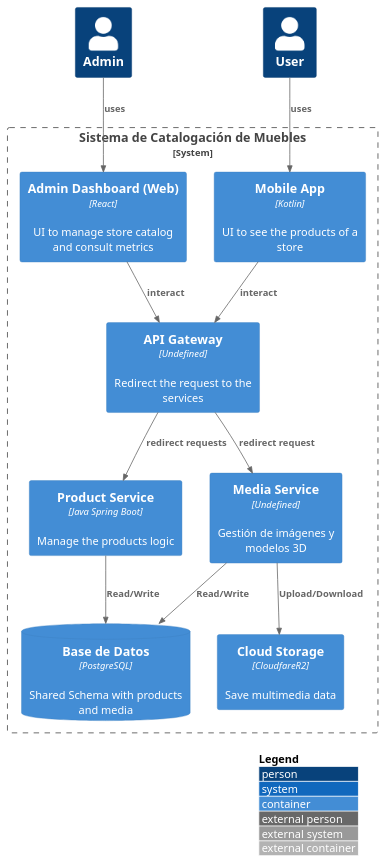
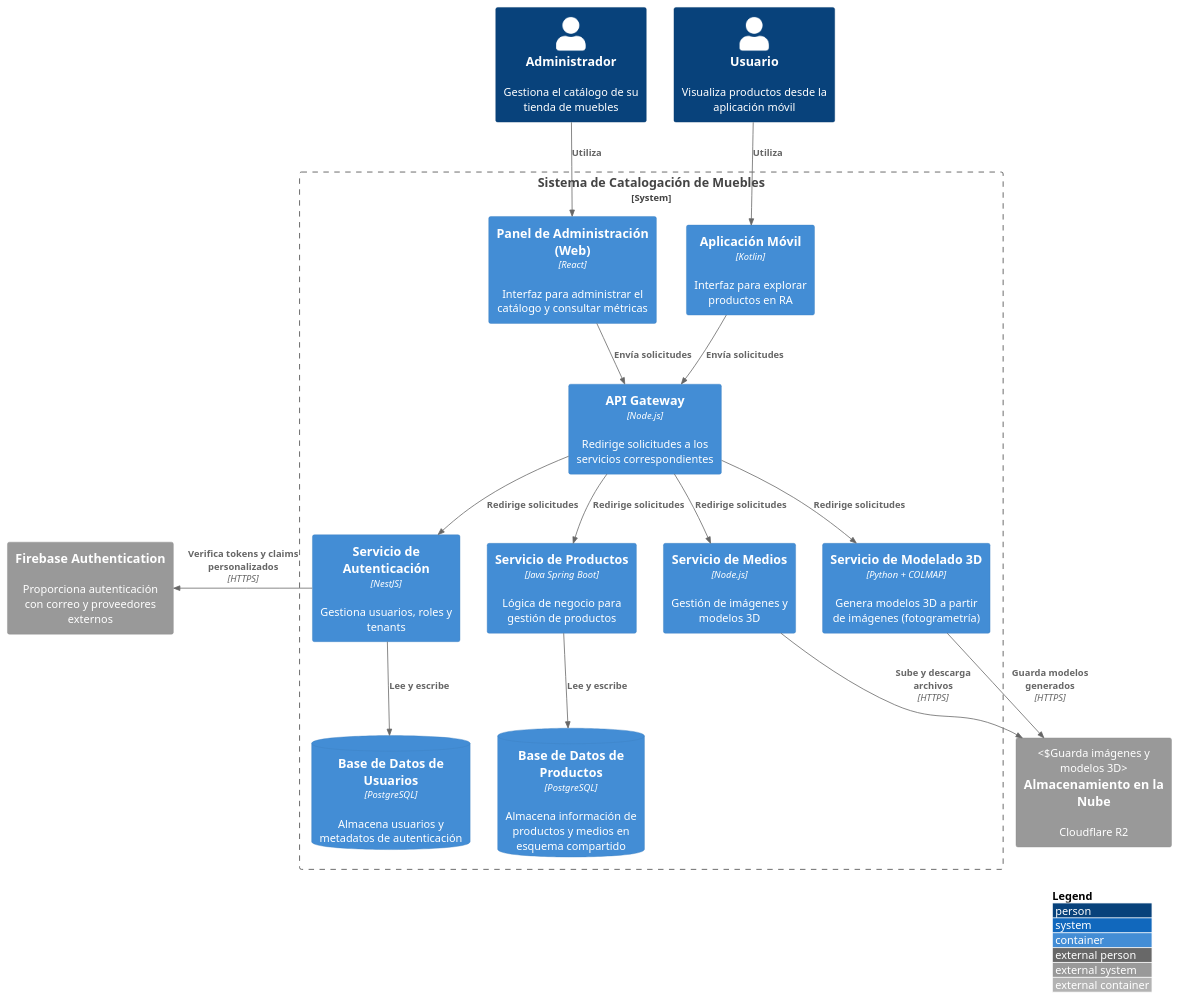
The diagram in c4 diagram/lvl2-containers.puml (SCI-degree-project/docs), drawn with PlantUML before and after one commit. The commit also changed 2 other files, not shown here.

```diff
--- a/c4 diagram/lvl2-containers.puml
+++ b/c4 diagram/lvl2-containers.puml
@@ -1,29 +1,48 @@
 @startuml ""
 !includeurl https://raw.githubusercontent.com/plantuml-stdlib/C4-PlantUML/master/C4_Container.puml
 
 LAYOUT_WITH_LEGEND()
 
-Person(admin, "Admin")
-Person(user, "User")
+Person(admin, "Administrador", "Gestiona el catálogo de su tienda de muebles")
+Person(user, "Usuario", "Visualiza productos desde la aplicación móvil")
 
 System_Boundary(system, "Sistema de Catalogación de Muebles") {
-    Container(webApp, "Admin Dashboard (Web)", "React", "UI to manage store catalog and consult metrics")
-    Container(mobileApp, "Mobile App", "Kotlin", "UI to see the products of a store")
-    Container(apiGateway, "API Gateway", "Undefined", "Redirect the request to the services")
-    Container(productService, "Product Service", "Java Spring Boot", "Manage the products logic")
-    Container(mediaService, "Media Service", "Undefined", "Gestión de imágenes y modelos 3D")
-    ContainerDb(database, "Base de Datos", "PostgreSQL", "Shared Schema with products and media")
-    Container(cloudStorage, "Cloud Storage", "CloudfareR2", "Save multimedia data")
+    Container(webApp, "Panel de Administración (Web)", "React", "Interfaz para administrar el catálogo y consultar métricas")
+    Container(mobileApp, "Aplicación Móvil", "Kotlin", "Interfaz para explorar productos en RA")
+
+    Container(apiGateway, "API Gateway", "Node.js", "Redirige solicitudes a los servicios correspondientes")
+
+    Container(authService, "Servicio de Autenticación", "NestJS", "Gestiona usuarios, roles y tenants")
+    ContainerDb(authDb, "Base de Datos de Usuarios", "PostgreSQL", "Almacena usuarios y metadatos de autenticación")
+
+    Container(productService, "Servicio de Productos", "Java Spring Boot", "Lógica de negocio para gestión de productos")
+    Container(mediaService, "Servicio de Medios", "Node.js", "Gestión de imágenes y modelos 3D")
+    Container(modelingService, "Servicio de Modelado 3D", "Python + COLMAP", "Genera modelos 3D a partir de imágenes (fotogrametría)")
+
+    ContainerDb(productsDb, "Base de Datos de Productos", "PostgreSQL", "Almacena información de productos y medios en esquema compartido")
 }
 
-Rel(admin, webApp, "uses")
-Rel(user, mobileApp, "uses")
-Rel(webApp, apiGateway, "interact")
-Rel(mobileApp, apiGateway, "interact")
-Rel(apiGateway, productService, "redirect requests")
-Rel(apiGateway, mediaService, "redirect request")
-Rel(productService, database, "Read/Write")
-Rel(mediaService, database, "Read/Write")
-Rel(mediaService, cloudStorage, "Upload/Download")
+System_Ext(cloudStorage, "Almacenamiento en la Nube", "Cloudflare R2", "Guarda imágenes y modelos 3D")
+System_Ext(firebaseAuth, "Firebase Authentication", "Proporciona autenticación con correo y proveedores externos")
+Lay_L(authService, firebaseAuth)
+
+
+Rel(admin, webApp, "Utiliza")
+Rel(user, mobileApp, "Utiliza")
+
+Rel(webApp, apiGateway, "Envía solicitudes")
+Rel(mobileApp, apiGateway, "Envía solicitudes")
+
+Rel(apiGateway, authService, "Redirige solicitudes")
+Rel(apiGateway, productService, "Redirige solicitudes")
+Rel(apiGateway, mediaService, "Redirige solicitudes")
+Rel(apiGateway, modelingService, "Redirige solicitudes")
+
+Rel(authService, authDb, "Lee y escribe")
+Rel(authService, firebaseAuth, "Verifica tokens y claims personalizados", "HTTPS")
+
+Rel(productService, productsDb, "Lee y escribe")
+Rel(mediaService, cloudStorage, "Sube y descarga archivos", "HTTPS")
+Rel(modelingService, cloudStorage, "Guarda modelos generados", "HTTPS")
 
 @enduml
```
